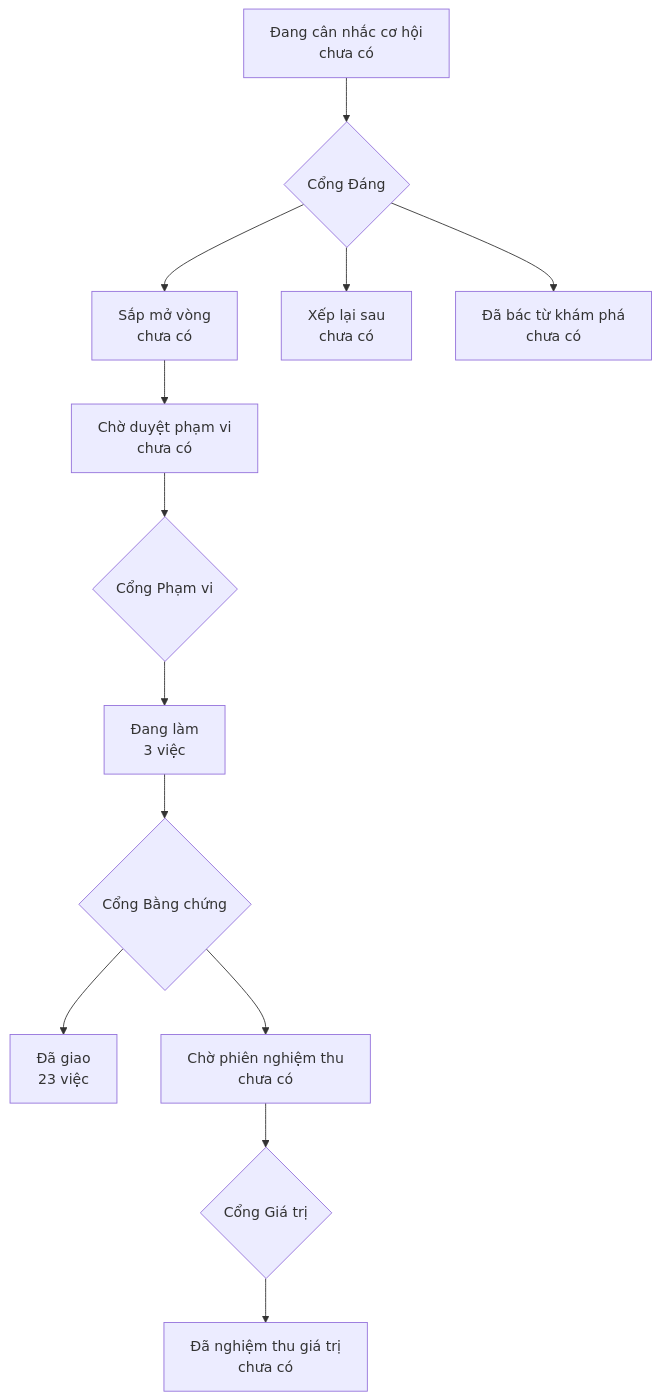
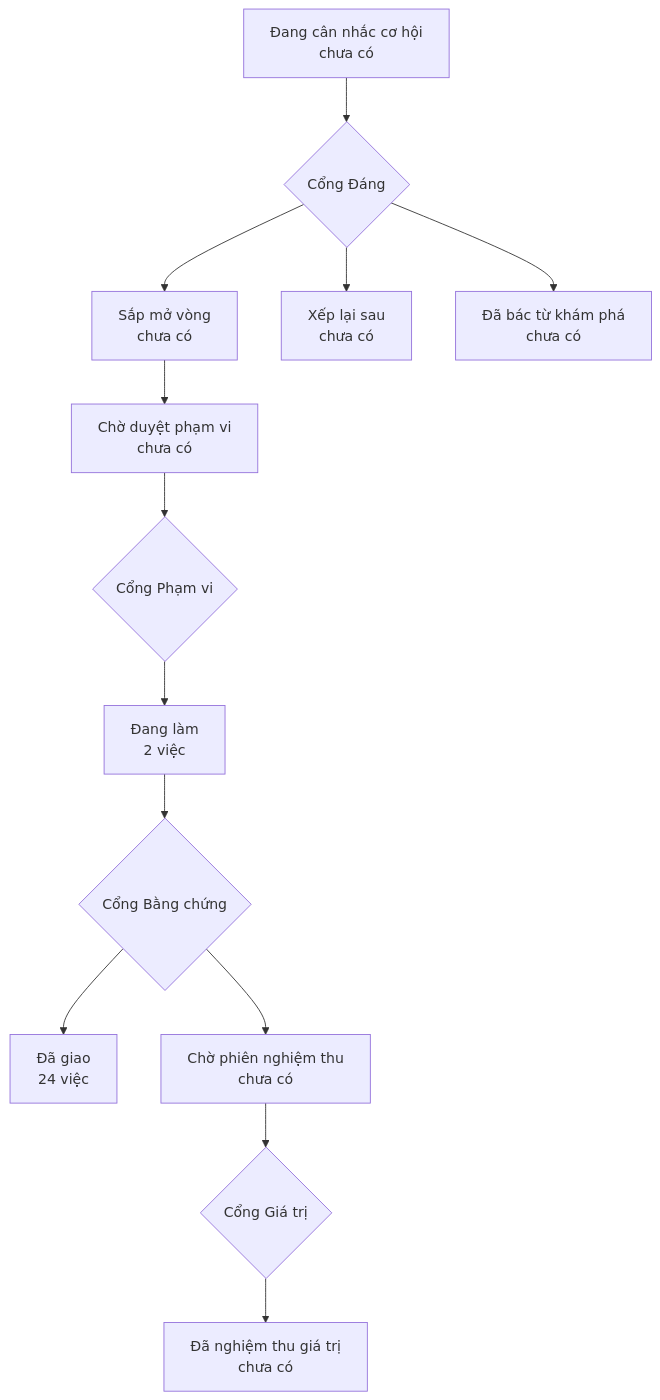
One commit to phanlemanh/acceptance-gate-kit changed the diagram in PRODUCT-MAP.md. Above: the diagram before and after it, drawn with Mermaid. The commit also changed 3 other files, not shown here.

````diff
--- a/PRODUCT-MAP.md
+++ b/PRODUCT-MAP.md
@@ -6,12 +6,12 @@
 ```mermaid
 flowchart TD
   A["Đang cân nhắc cơ hội<br/>chưa có"] --> GD{"Cổng Đáng"}
   GD --> B["Sắp mở vòng<br/>chưa có"]
   GD --> XL["Xếp lại sau<br/>chưa có"]
   GD --> DB["Đã bác từ khám phá<br/>chưa có"]
   B --> CD["Chờ duyệt phạm vi<br/>chưa có"] --> GP{"Cổng Phạm vi"}
-  GP --> DL["Đang làm<br/>3 việc"] --> GB{"Cổng Bằng chứng"}
-  GB --> DG["Đã giao<br/>23 việc"]
+  GP --> DL["Đang làm<br/>2 việc"] --> GB{"Cổng Bằng chứng"}
+  GB --> DG["Đã giao<br/>24 việc"]
   GB --> CN["Chờ phiên nghiệm thu<br/>chưa có"] --> GG{"Cổng Giá trị"}
   GG --> NT["Đã nghiệm thu giá trị<br/>chưa có"]
 ```
````
